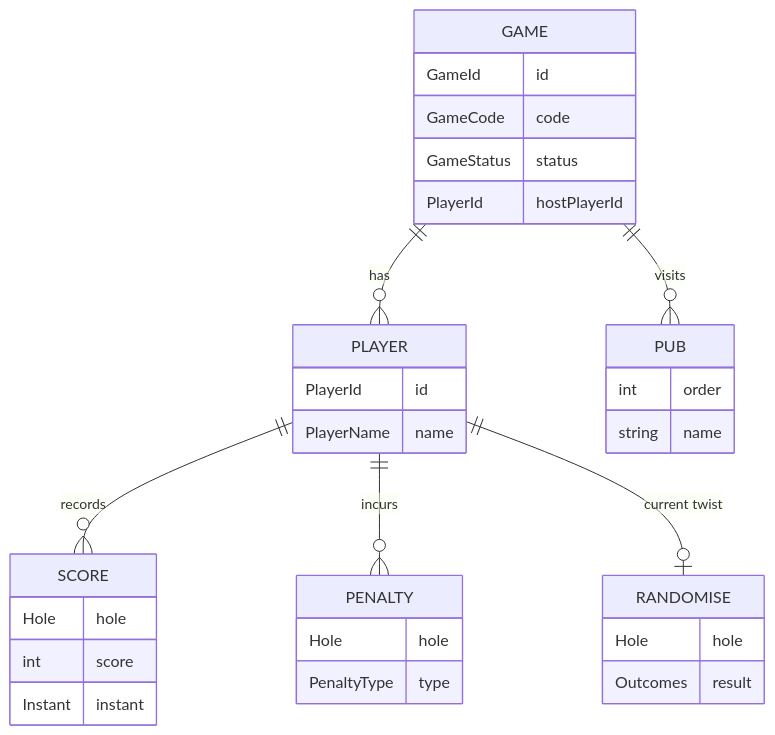
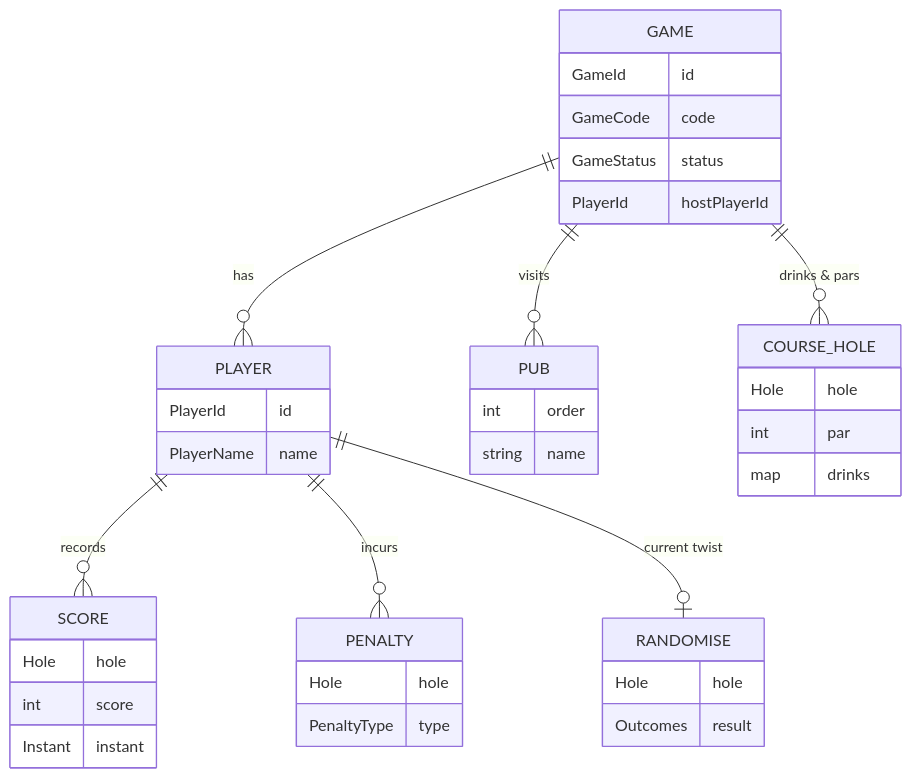
The third of 3 diagrams in docs/ARCHITECTURE.md (BenSuskins/pubgolf), drawn with Mermaid before and after one commit. The commit also changed other lines of this file and 25 other files, not shown here.

First line of the commit message:
Add host-editable drinks and pars to the host panel

````diff
--- a/docs/ARCHITECTURE.md
+++ b/docs/ARCHITECTURE.md
@@ -96,36 +96,42 @@
 ```mermaid
 erDiagram
     GAME ||--o{ PLAYER : has
     GAME ||--o{ PUB : visits
+    GAME ||--o{ COURSE_HOLE : "drinks & pars"
     PLAYER ||--o{ SCORE : records
     PLAYER ||--o{ PENALTY : incurs
     PLAYER ||--o| RANDOMISE : "current twist"
 
     GAME {
         GameId id
         GameCode code
         GameStatus status
         PlayerId hostPlayerId
     }
     PLAYER {
         PlayerId id
         PlayerName name
     }
     SCORE {
         Hole hole
         int score
         Instant instant
     }
     PENALTY {
         Hole hole
         PenaltyType type
     }
     PUB {
         int order
         string name
     }
+    COURSE_HOLE {
+        Hole hole
+        int par
+        map drinks
+    }
     RANDOMISE {
         Hole hole
         Outcomes result
     }
 ```
````
